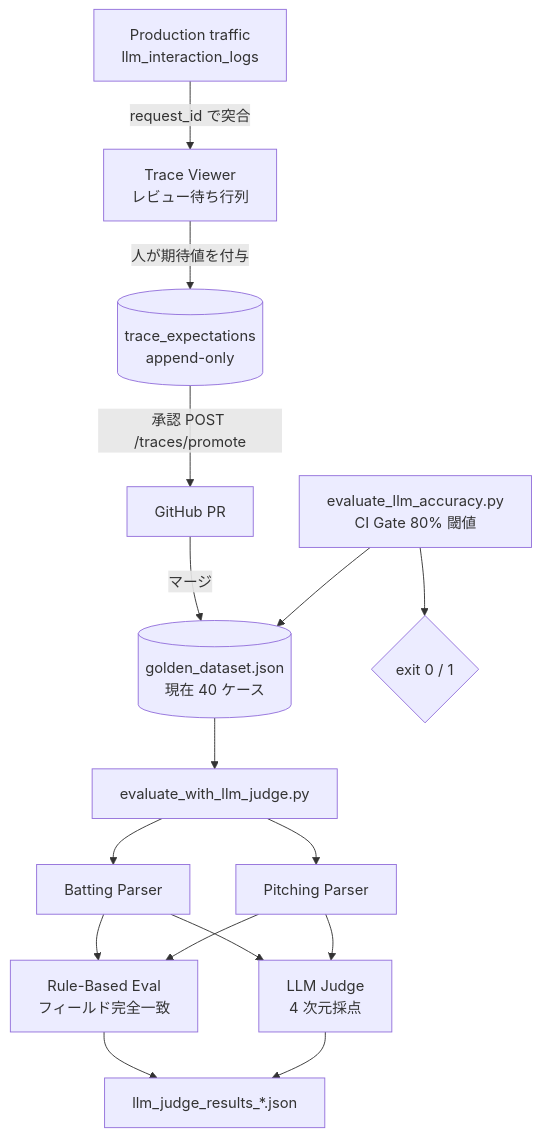
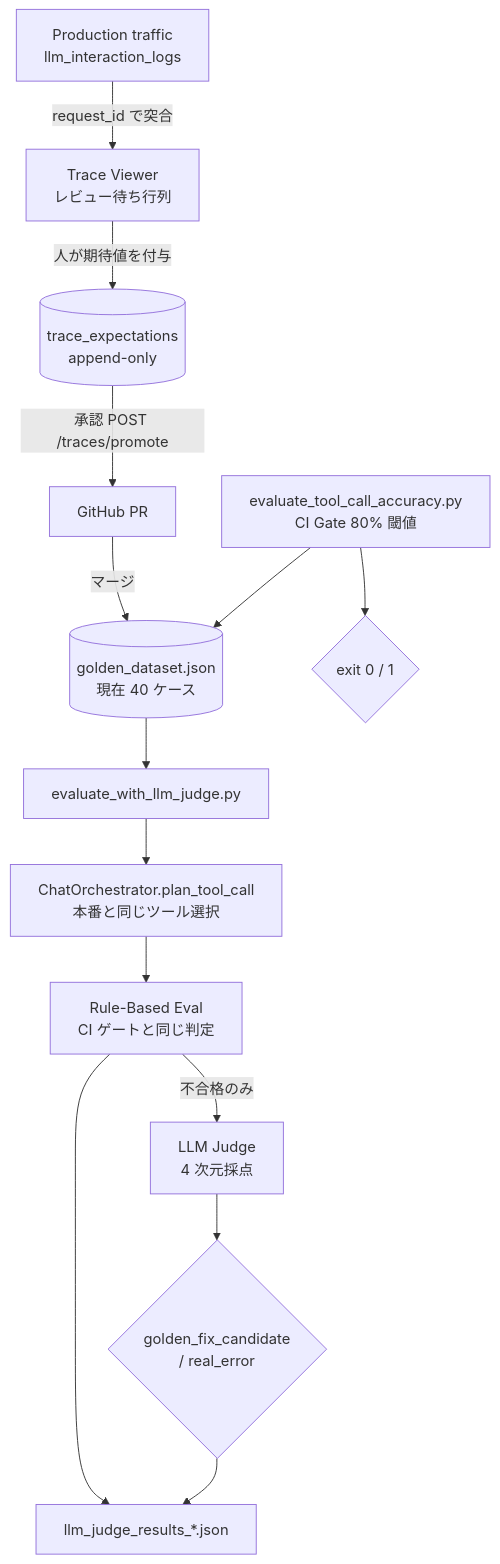
The fifth of 8 diagrams in README_ai_architecture.md (takeshimx/diamond-lens), drawn with Mermaid before and after one commit. The commit also changed other lines of this file and 7 other files, not shown here.

First line of the commit message:
docs: document offline Judge failure triage and gate script rename

````diff
--- a/README_ai_architecture.md
+++ b/README_ai_architecture.md
@@ -428,20 +428,18 @@
 ```mermaid
 flowchart TB
     Prod[Production traffic<br/>llm_interaction_logs] -->|request_id で突合| Queue[Trace Viewer<br/>レビュー待ち行列]
     Queue -->|人が期待値を付与| Exp[(trace_expectations<br/>append-only)]
     Exp -->|承認 POST /traces/promote| PR[GitHub PR]
     PR -->|マージ| Golden[(golden_dataset.json<br/>現在 40 ケース)]
 
     Golden --> RunEval[evaluate_with_llm_judge.py]
-    RunEval --> Parser1[Batting Parser]
-    RunEval --> Parser2[Pitching Parser]
-    Parser1 --> Rule[Rule-Based Eval<br/>フィールド完全一致]
-    Parser2 --> Rule
-    Parser1 --> Judge[LLM Judge<br/>4 次元採点]
-    Parser2 --> Judge
+    RunEval --> Plan[ChatOrchestrator.plan_tool_call<br/>本番と同じツール選択]
+    Plan --> Rule[Rule-Based Eval<br/>CI ゲートと同じ判定]
+    Rule -->|不合格のみ| Judge[LLM Judge<br/>4 次元採点]
+    Judge --> Triage{golden_fix_candidate<br/>/ real_error}
     Rule --> Results[llm_judge_results_*.json]
-    Judge --> Results
+    Triage --> Results
 
-    GateScript[evaluate_llm_accuracy.py<br/>CI Gate 80% 閾値] --> Golden
+    GateScript[evaluate_tool_call_accuracy.py<br/>CI Gate 80% 閾値] --> Golden
     GateScript --> ExitCode{exit 0 / 1}
 ```
````
